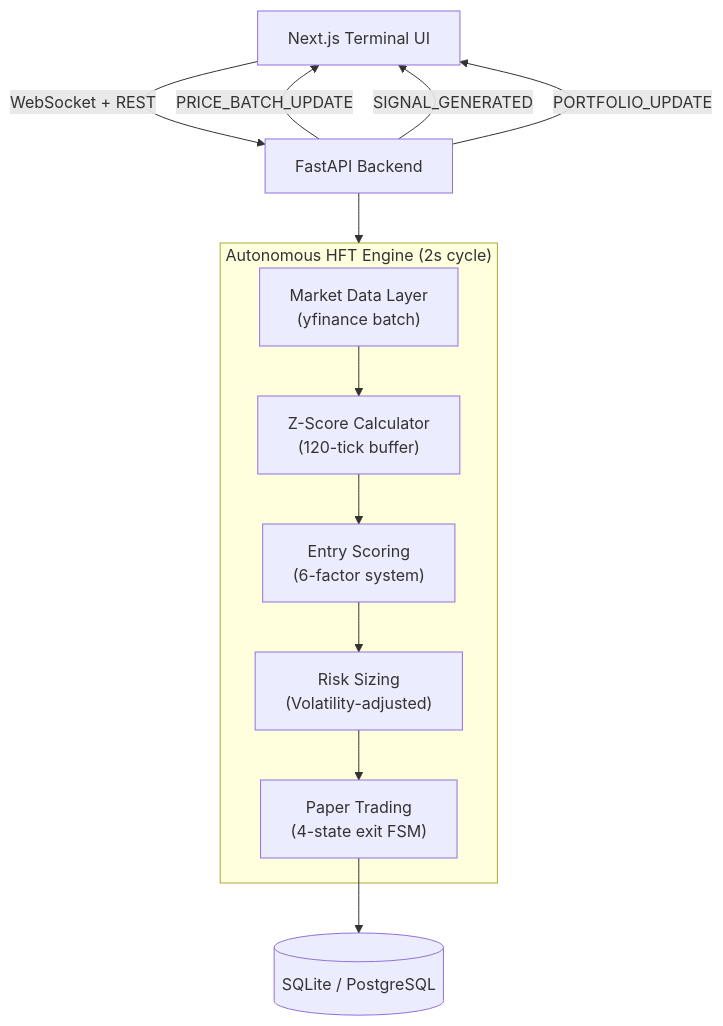
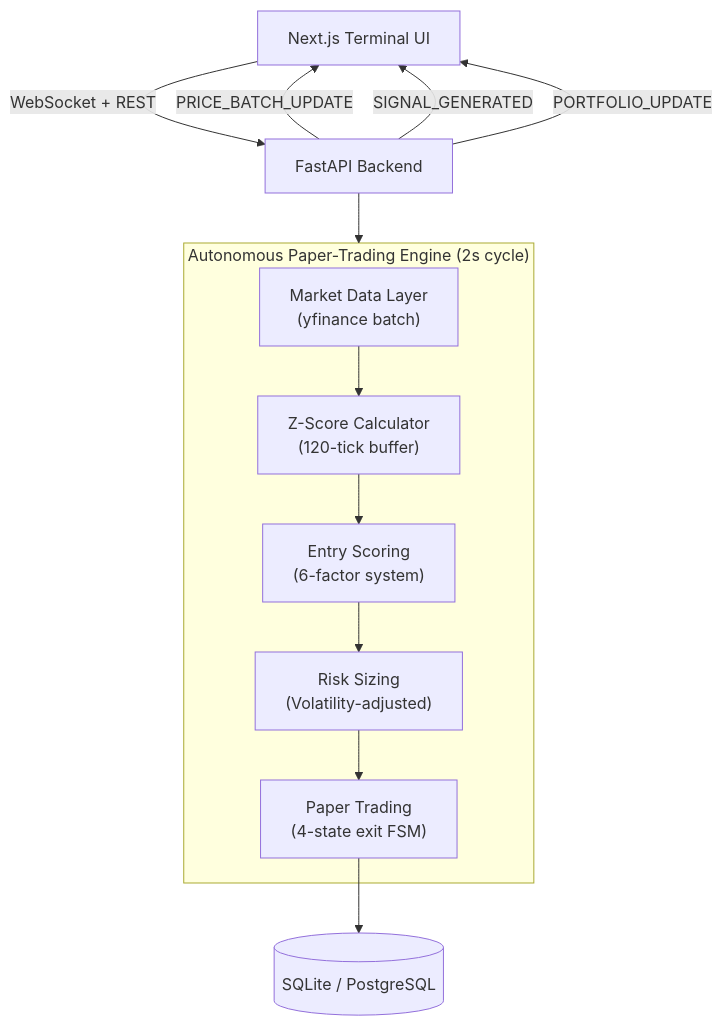
Before and after one commit to yigitsarpavci/trading-platform: the diagram in engine/README.md, drawn with Mermaid. The commit also changed other lines of this file, not shown here.

Commit message:
docs: describe the engine as a paper-trading simulator, not HFT

````diff
--- a/engine/README.md
+++ b/engine/README.md
@@ -114,20 +114,20 @@
 ```mermaid
 graph TD
     Client["Next.js Terminal UI"] -->|WebSocket + REST| API["FastAPI Backend"]
     
-    subgraph Engine["Autonomous HFT Engine (2s cycle)"]
+    subgraph Engine["Autonomous Paper-Trading Engine (2s cycle)"]
         MD["Market Data Layer<br/>(yfinance batch)"]
         ZS["Z-Score Calculator<br/>(120-tick buffer)"]
         ES["Entry Scoring<br/>(6-factor system)"]
         PT["Paper Trading<br/>(4-state exit FSM)"]
         RS["Risk Sizing<br/>(Volatility-adjusted)"]
     end
 
     API --> Engine
     MD --> ZS --> ES --> RS --> PT
     PT --> DB[(SQLite / PostgreSQL)]
     
     API -->|PRICE_BATCH_UPDATE| Client
     API -->|SIGNAL_GENERATED| Client
     API -->|PORTFOLIO_UPDATE| Client
 ```
````
